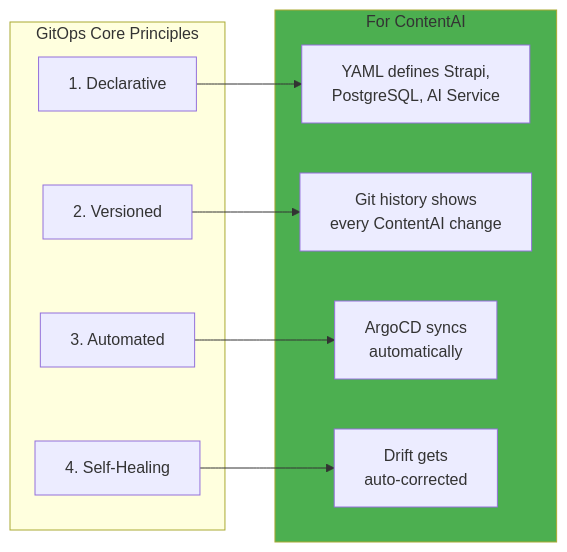
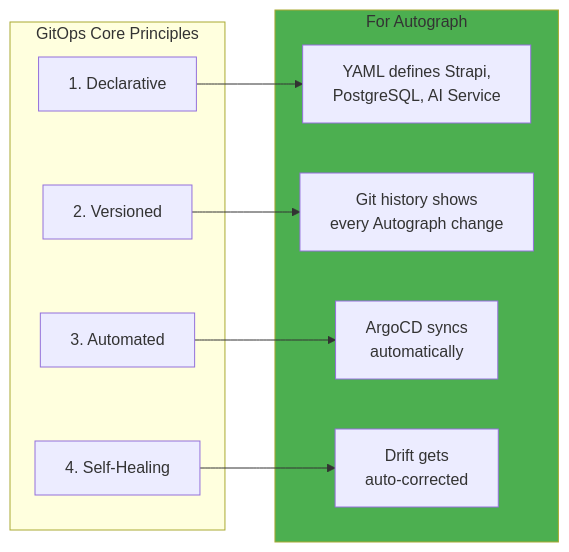
One commit to PearlThoughtsInternship/Internship-Obsidian-Vault changed the second of 10 diagrams in DevOps/02-Engineering/05-GitOps.md. Above: the diagram before and after it, drawn with Mermaid. The commit also changed other lines of this file and 4 other files, not shown here.

First line of the commit message:
rebrand: ContentAI → Autograph in Engineering & Platform docs

````diff
--- a/DevOps/02-Engineering/05-GitOps.md
+++ b/DevOps/02-Engineering/05-GitOps.md
@@ -41,23 +41,23 @@
 ```mermaid
 flowchart LR
     subgraph Principles["GitOps Core Principles"]
         P1["1. Declarative"]
         P2["2. Versioned"]
         P3["3. Automated"]
         P4["4. Self-Healing"]
     end
 
-    subgraph ContentAI["For ContentAI"]
+    subgraph Autograph["For Autograph"]
         D1["YAML defines Strapi,\nPostgreSQL, AI Service"]
-        D2["Git history shows\nevery ContentAI change"]
+        D2["Git history shows\nevery Autograph change"]
         D3["ArgoCD syncs\nautomatically"]
         D4["Drift gets\nauto-corrected"]
     end
 
     P1 --> D1
     P2 --> D2
     P3 --> D3
     P4 --> D4
 
-    style ContentAI fill:#4CAF50
+    style Autograph fill:#4CAF50
 ```
````
